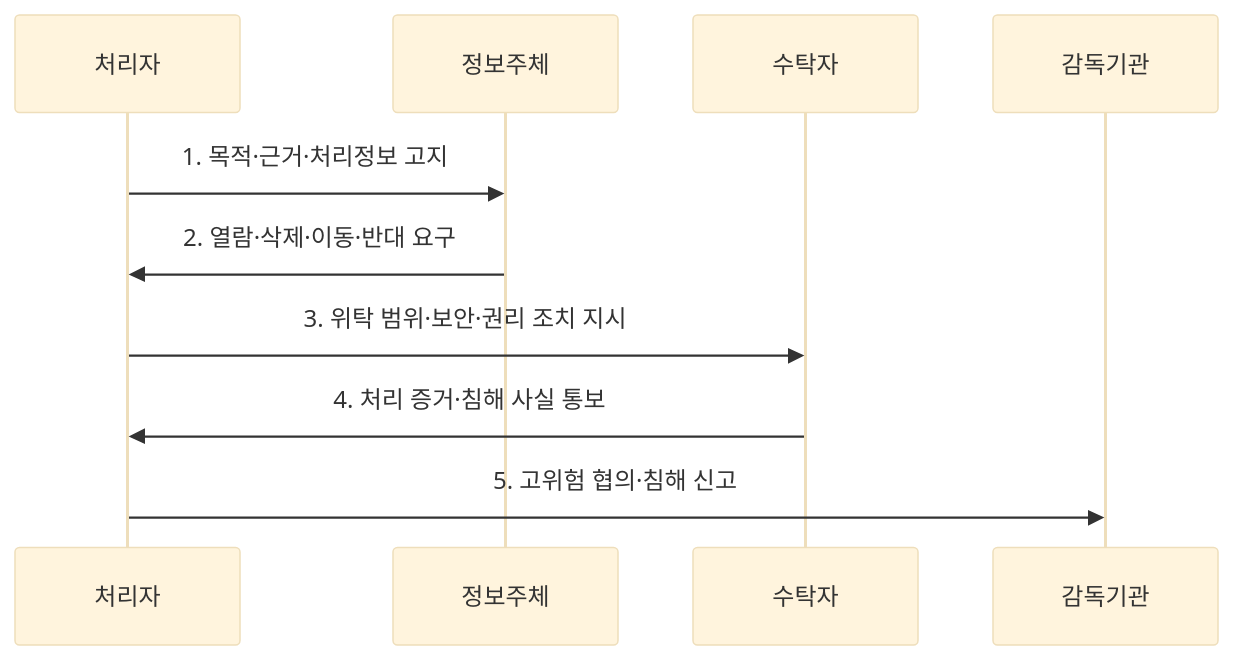
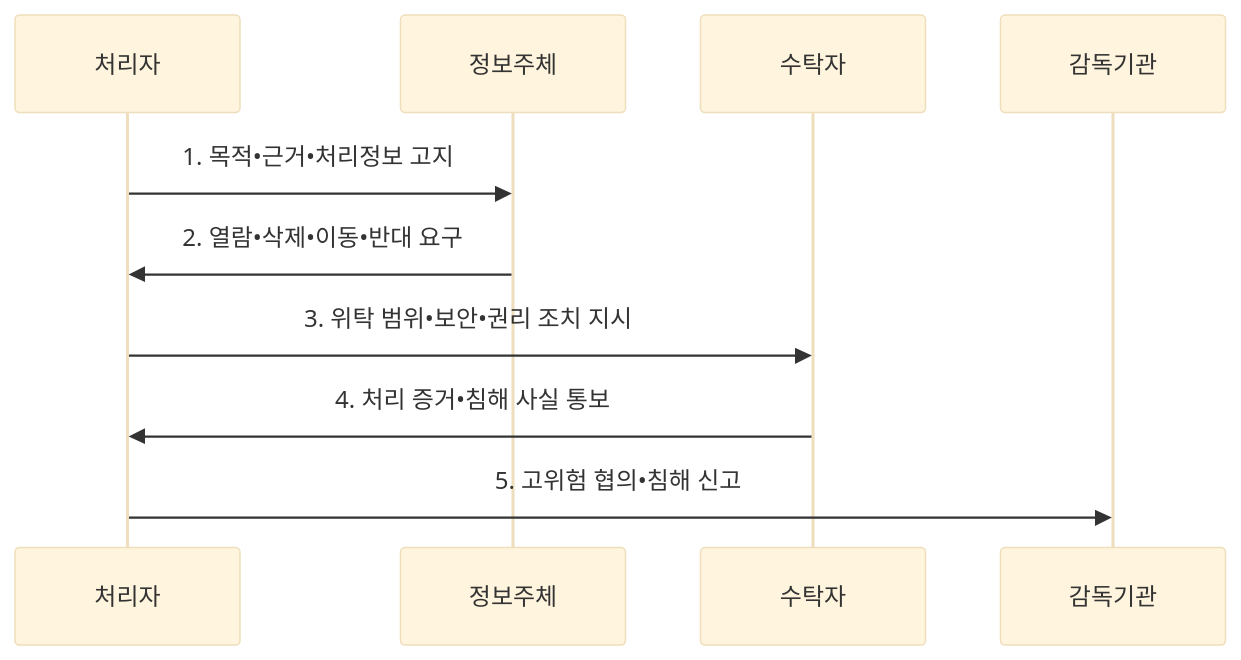
One commit to agnusdei1207/knowledge-base changed the second of 2 diagrams in src/content/docs/notes/07-law-policy/032_gdpr.md. Above: the diagram before and after it, drawn with Mermaid (base theme). The commit also changed other lines of this file and 953 other files, not shown here.

````diff
--- a/src/content/docs/notes/07-law-policy/032_gdpr.md
+++ b/src/content/docs/notes/07-law-policy/032_gdpr.md
@@ -109,12 +109,12 @@
 ```mermaid
 sequenceDiagram
     participant C as 처리자
     participant D as 정보주체
     participant P as 수탁자
     participant A as 감독기관
-    C->>D: 1. 목적·근거·처리정보 고지
-    D->>C: 2. 열람·삭제·이동·반대 요구
-    C->>P: 3. 위탁 범위·보안·권리 조치 지시
-    P->>C: 4. 처리 증거·침해 사실 통보
-    C->>A: 5. 고위험 협의·침해 신고
+    C->>D: 1. 목적•근거•처리정보 고지
+    D->>C: 2. 열람•삭제•이동•반대 요구
+    C->>P: 3. 위탁 범위•보안•권리 조치 지시
+    P->>C: 4. 처리 증거•침해 사실 통보
+    C->>A: 5. 고위험 협의•침해 신고
 ```
````
